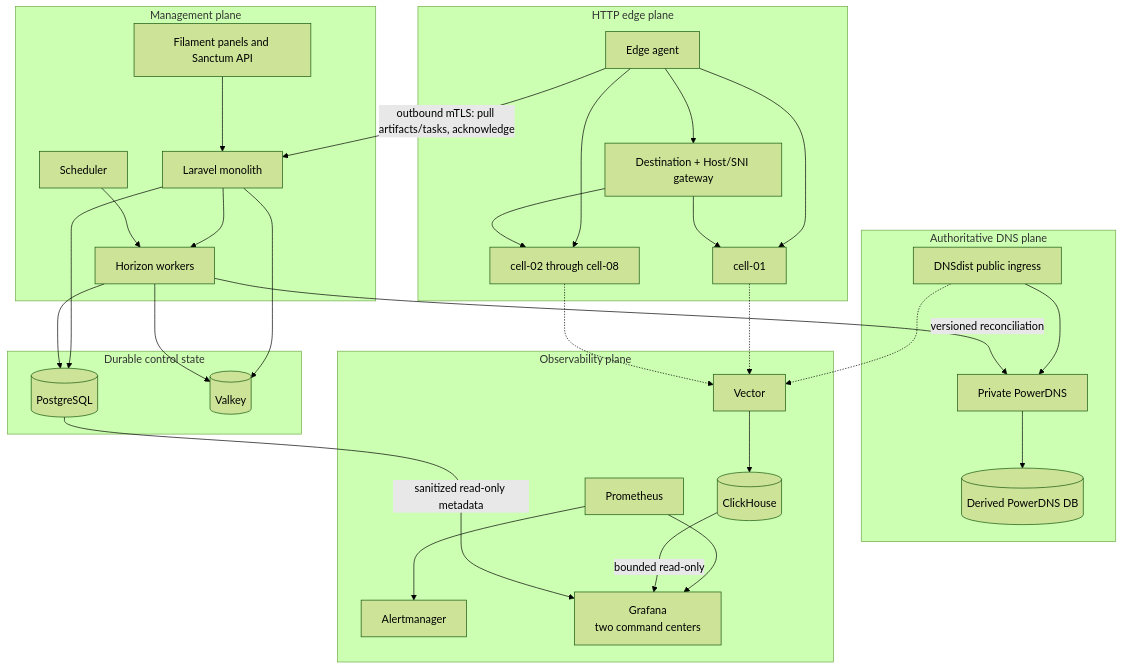
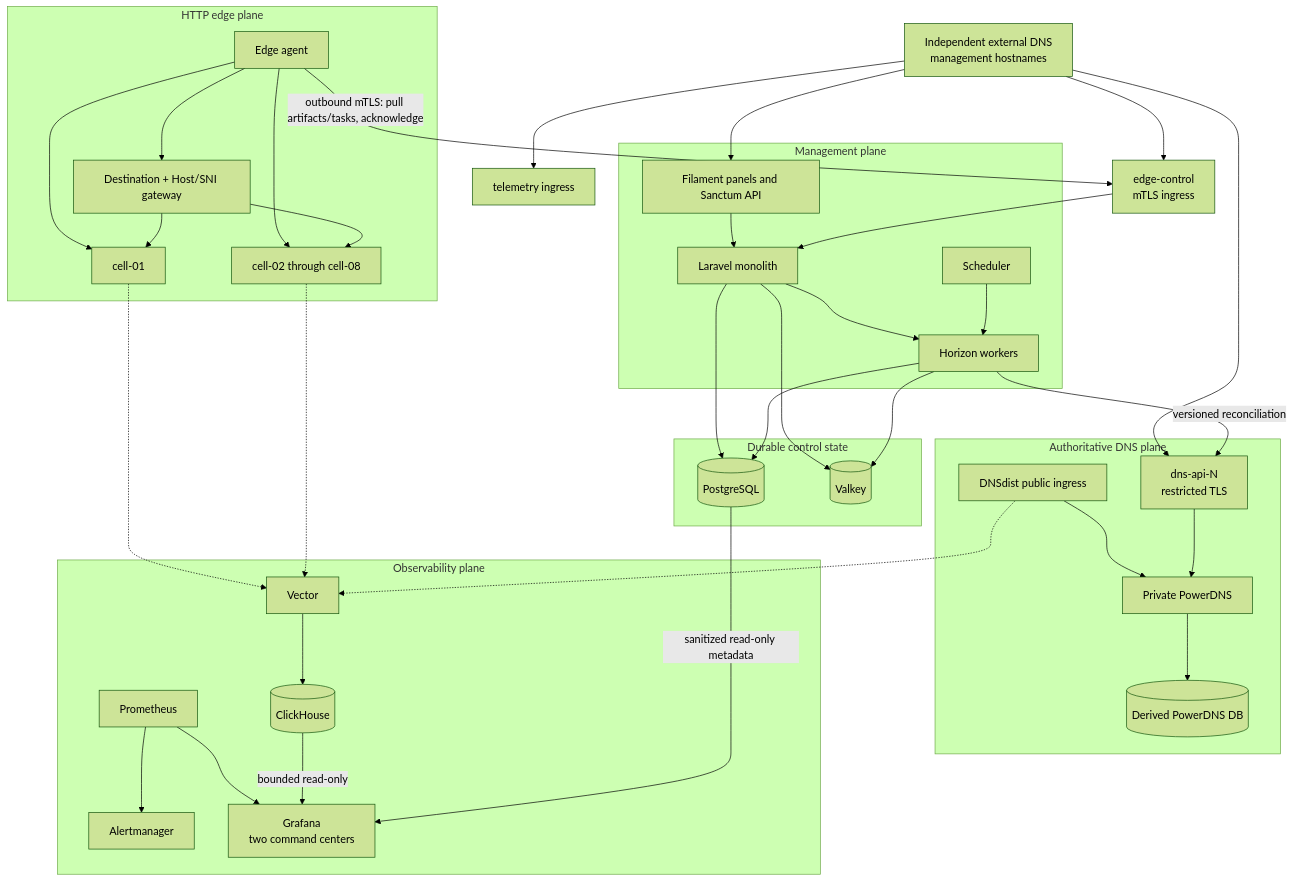
Before and after one commit to vaheed/CDNFoundry: the diagram in docs/architecture/index.md, drawn with Mermaid (forest theme). The commit also changed other lines of this file and 23 other files, not shown here.

````diff
--- a/docs/architecture/index.md
+++ b/docs/architecture/index.md
@@ -13,39 +13,45 @@
 ```mermaid
 flowchart TB
+    ExternalDNS["Independent external DNS<br/>management hostnames"] --> UI
+    ExternalDNS --> EdgeControl["edge-control<br/>mTLS ingress"]
+    ExternalDNS --> DNSAPI["dns-api-N<br/>restricted TLS"]
+    ExternalDNS --> TelemetryIngress["telemetry ingress"]
     subgraph Management["Management plane"]
       UI["Filament panels and Sanctum API"] --> Laravel["Laravel monolith"]
       Laravel --> Horizon["Horizon workers"]
       Scheduler["Scheduler"] --> Horizon
     end
     subgraph Durable["Durable control state"]
       PG[("PostgreSQL")]
       Valkey[("Valkey")]
     end
     subgraph DNS["Authoritative DNS plane"]
       DNSdist["DNSdist public ingress"] --> PowerDNS["Private PowerDNS"]
       PowerDNS --> PDNSDB[("Derived PowerDNS DB")]
+      DNSAPI --> PowerDNS
     end
     subgraph Edge["HTTP edge plane"]
       Agent["Edge agent"] --> Gateway["Destination + Host/SNI gateway"]
       Agent --> Cell1["cell-01"]
       Agent --> Cell2["cell-02 through cell-08"]
       Gateway --> Cell1
       Gateway --> Cell2
     end
     subgraph Observe["Observability plane"]
       Vector["Vector"] --> ClickHouse[("ClickHouse")]
       Prometheus["Prometheus"] --> Alertmanager["Alertmanager"]
       Prometheus --> Grafana["Grafana<br/>two command centers"]
       ClickHouse -->|"bounded read-only"| Grafana
     end
     Laravel --> PG
     Horizon --> PG
     Laravel --> Valkey
     Horizon --> Valkey
     PG -->|"sanitized read-only metadata"| Grafana
-    Horizon -->|"versioned reconciliation"| PowerDNS
-    Agent -->|"outbound mTLS: pull artifacts/tasks, acknowledge"| Laravel
+    Horizon -->|"versioned reconciliation"| DNSAPI
+    Agent -->|"outbound mTLS: pull artifacts/tasks, acknowledge"| EdgeControl
+    EdgeControl --> Laravel
     DNSdist -.-> Vector
     Cell1 -.-> Vector
     Cell2 -.-> Vector
 ```
````
